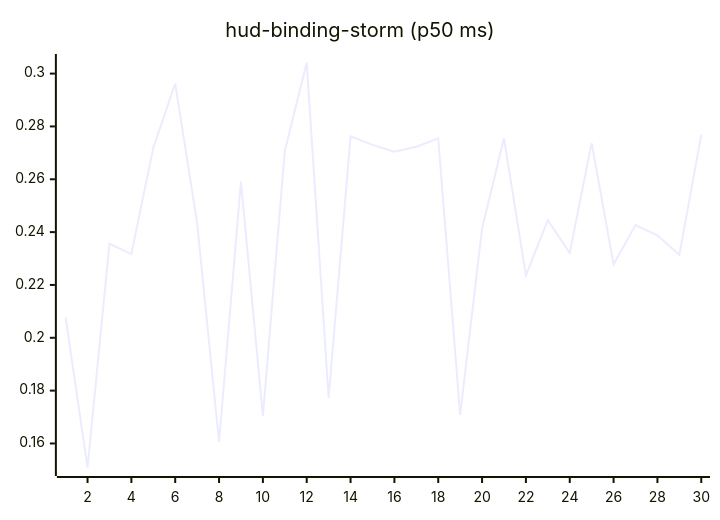
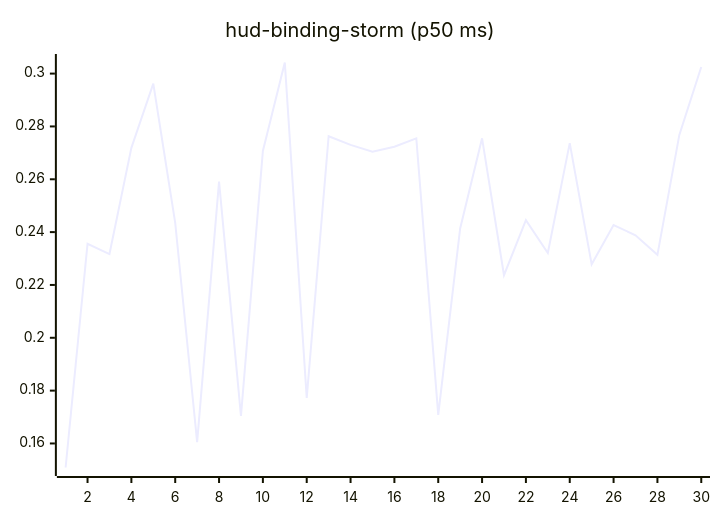
The tenth of 27 diagrams in README.md (josha/Facet), drawn with Mermaid before and after one commit. The commit also changed other lines of this file and 2 other files, not shown here.

````diff
--- a/README.md
+++ b/README.md
@@ -126,6 +126,6 @@
 ```mermaid
 xychart-beta
     title "hud-binding-storm (p50 ms)"
     x-axis 1 --> 30
-    line [0.2077, 0.1509, 0.2356, 0.2317, 0.2719, 0.2962, 0.2435, 0.1605, 0.2591, 0.1704, 0.2707, 0.3042, 0.1772, 0.2763, 0.2730, 0.2704, 0.2723, 0.2755, 0.1708, 0.2414, 0.2755, 0.2237, 0.2445, 0.2321, 0.2737, 0.2278, 0.2427, 0.2388, 0.2314, 0.2768]
+    line [0.1509, 0.2356, 0.2317, 0.2719, 0.2962, 0.2435, 0.1605, 0.2591, 0.1704, 0.2707, 0.3042, 0.1772, 0.2763, 0.2730, 0.2704, 0.2723, 0.2755, 0.1708, 0.2414, 0.2755, 0.2237, 0.2445, 0.2321, 0.2737, 0.2278, 0.2427, 0.2388, 0.2314, 0.2768, 0.3025]
 ```
````
